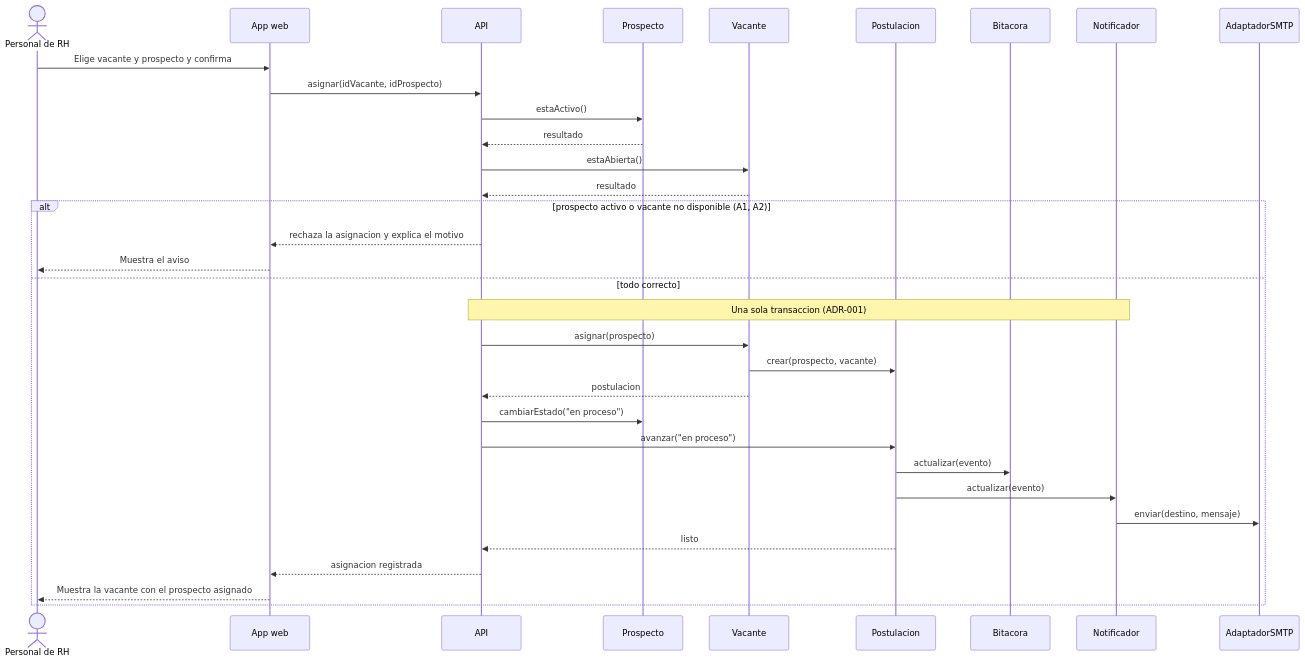
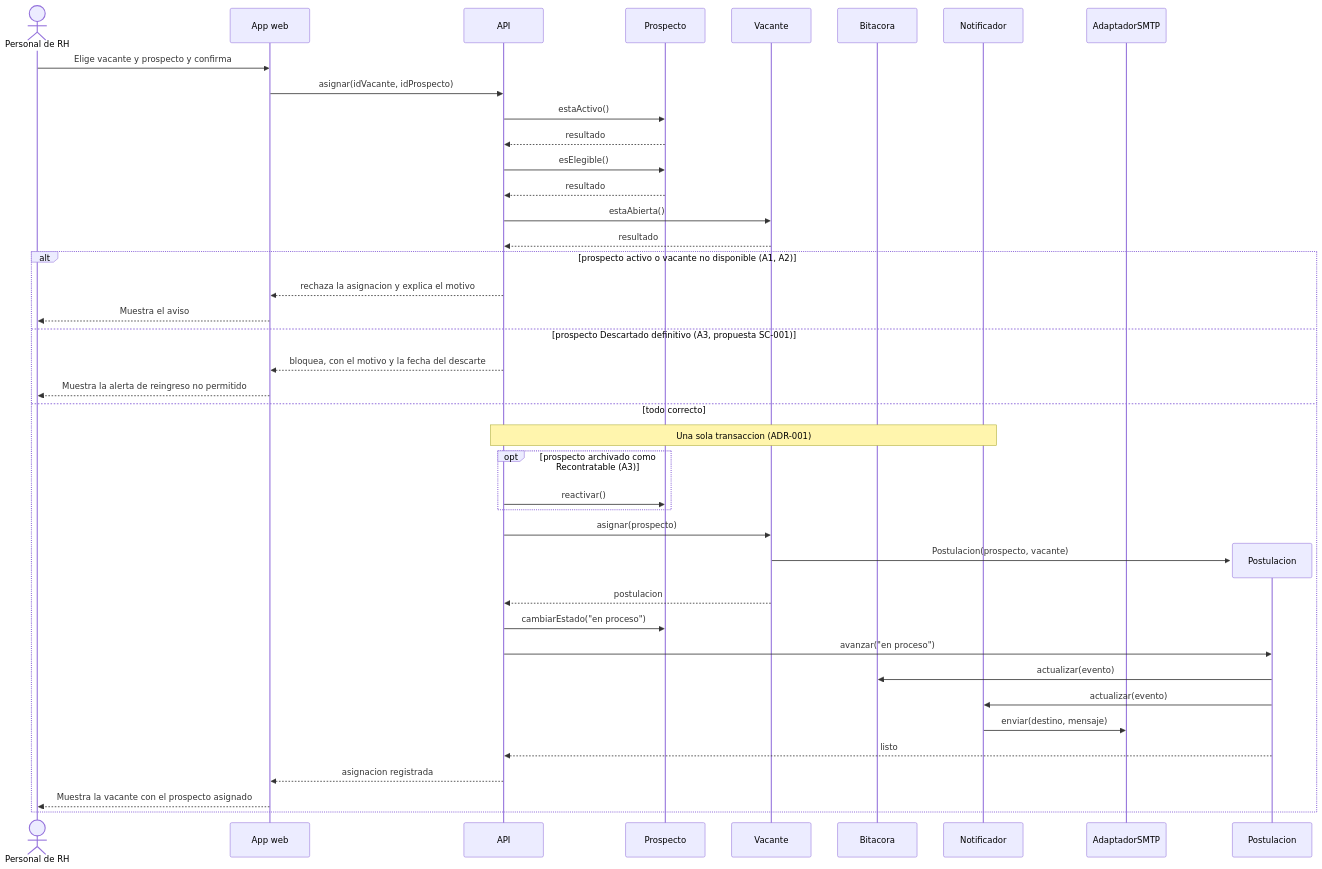
Before and after one commit to EliasGC06/Mi-proyecto-ing.software: the fifth of 7 diagrams in docs/arch/diagramas.md, drawn with Mermaid. The commit also changed other lines of this file, not shown here.

First line of the commit message:
Enhance diagrams with new details and corrections

````diff
--- a/docs/arch/diagramas.md
+++ b/docs/arch/diagramas.md
@@ -225,35 +251,43 @@
 ```mermaid
 sequenceDiagram
 actor RH as Personal de RH
 participant Web as App web
 participant API as API
 participant Pro as Prospecto
 participant Vac as Vacante
-participant Pos as Postulacion
 participant Bit as Bitacora
 participant Not as Notificador
 participant Smtp as AdaptadorSMTP
 RH->>Web: Elige vacante y prospecto y confirma
 Web->>API: asignar(idVacante, idProspecto)
 API->>Pro: estaActivo()
 Pro-->>API: resultado
+API->>Pro: esElegible()
+Pro-->>API: resultado
 API->>Vac: estaAbierta()
 Vac-->>API: resultado
 alt prospecto activo o vacante no disponible (A1, A2)
 API-->>Web: rechaza la asignacion y explica el motivo
 Web-->>RH: Muestra el aviso
+else prospecto Descartado definitivo (A3, propuesta SC-001)
+API-->>Web: bloquea, con el motivo y la fecha del descarte
+Web-->>RH: Muestra la alerta de reingreso no permitido
 else todo correcto
 Note over API,Not: Una sola transaccion (ADR-001)
+opt prospecto archivado como Recontratable (A3)
+API->>Pro: reactivar()
+end
 API->>Vac: asignar(prospecto)
-Vac->>Pos: crear(prospecto, vacante)
+create participant Pos as Postulacion
+Vac->>Pos: Postulacion(prospecto, vacante)
 Vac-->>API: postulacion
 API->>Pro: cambiarEstado("en proceso")
 API->>Pos: avanzar("en proceso")
 Pos->>Bit: actualizar(evento)
 Pos->>Not: actualizar(evento)
 Not->>Smtp: enviar(destino, mensaje)
 Pos-->>API: listo
 API-->>Web: asignacion registrada
 Web-->>RH: Muestra la vacante con el prospecto asignado
 end
 ```
````
